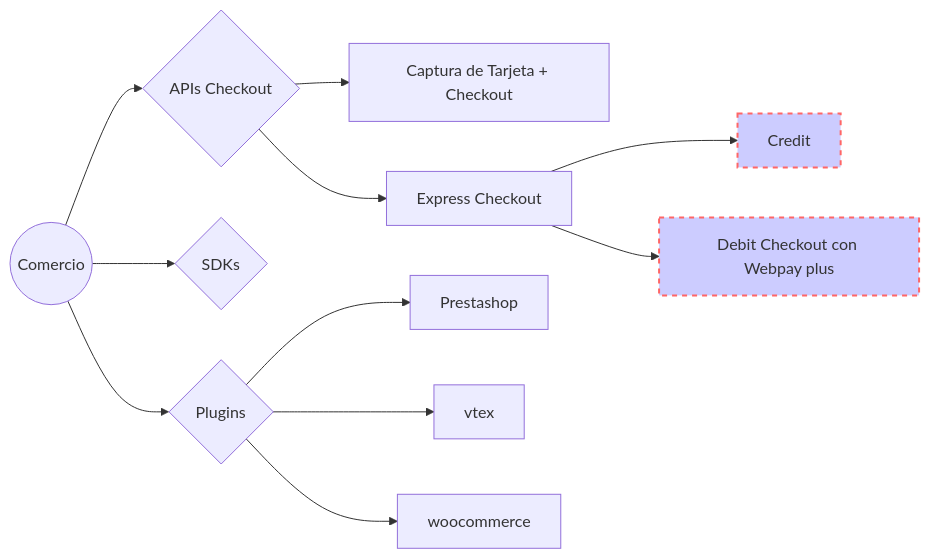
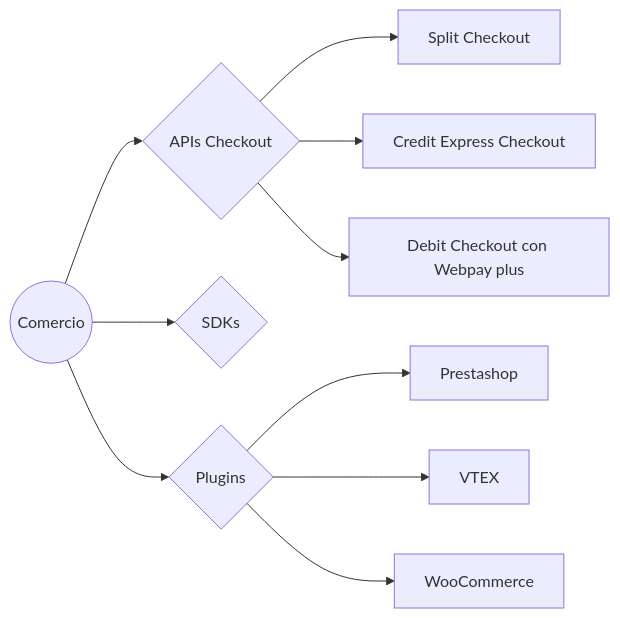
One commit to Peinau/hugo-dev-portal changed the diagram in site/content/integration/_index.md. Above: the diagram before and after it, drawn with Mermaid.

```diff
--- a/site/content/integration/_index.md
+++ b/site/content/integration/_index.md
@@ -9,17 +9,14 @@
 {{<mermaid align="left">}}
 graph LR;
     A((Comercio))
     A --> B{APIs Checkout}
     A --> C{SDKs}
     A --> D{Plugins}
-    B --> E[Captura de Tarjeta + Checkout]
-    B --> F[Express Checkout]
-    D --> G[Prestashop]
-    D --> H[vtex]
-    D --> I[woocommerce]
-    F --> J[Credit]
-    F --> K[Debit Checkout con Webpay plus]
-    
-    style J fill:#ccf,stroke:#f66,stroke-width:2px,stroke-dasharray: 5, 5
-    style K fill:#ccf,stroke:#f66,stroke-width:2px,stroke-dasharray: 5, 5
+    B --> E[Split Checkout]
+    B --> F[Credit Express Checkout]
+    B --> G[Debit Checkout con Webpay plus]
+    D --> H[Prestashop]
+    D --> I[VTEX]
+    D --> J[WooCommerce]
+
 {{< /mermaid >}}    
```
